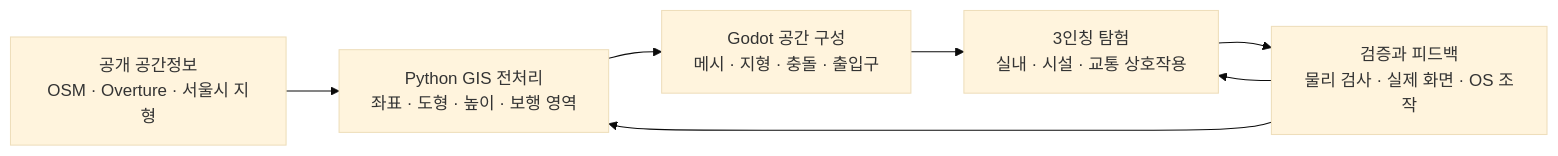
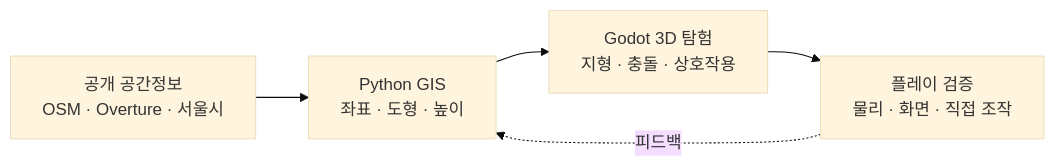
Before and after one commit to codemillss/Sim2Seoul: the diagram in README.md, drawn with Mermaid (base theme). The commit also changed 3 other files, not shown here.

Commit message:
docs: improve architecture diagram readability on GitHub

````diff
--- a/README.md
+++ b/README.md
@@ -62,9 +62,7 @@
 ```mermaid
 flowchart LR
-    A["공개 공간정보<br/>OSM · Overture · 서울시 지형"] --> B["Python GIS 전처리<br/>좌표 · 도형 · 높이 · 보행 영역"]
-    B --> C["Godot 공간 구성<br/>메시 · 지형 · 충돌 · 출입구"]
-    C --> D["3인칭 탐험<br/>실내 · 시설 · 교통 상호작용"]
-    D --> E["검증과 피드백<br/>물리 검사 · 실제 화면 · OS 조작"]
-    E --> B
-    E --> D
+    A["공개 공간정보<br/>OSM · Overture · 서울시"] --> B["Python GIS<br/>좌표 · 도형 · 높이"]
+    B --> C["Godot 3D 탐험<br/>지형 · 충돌 · 상호작용"]
+    C --> D["플레이 검증<br/>물리 · 화면 · 직접 조작"]
+    D -. 피드백 .-> B
 ```
````
